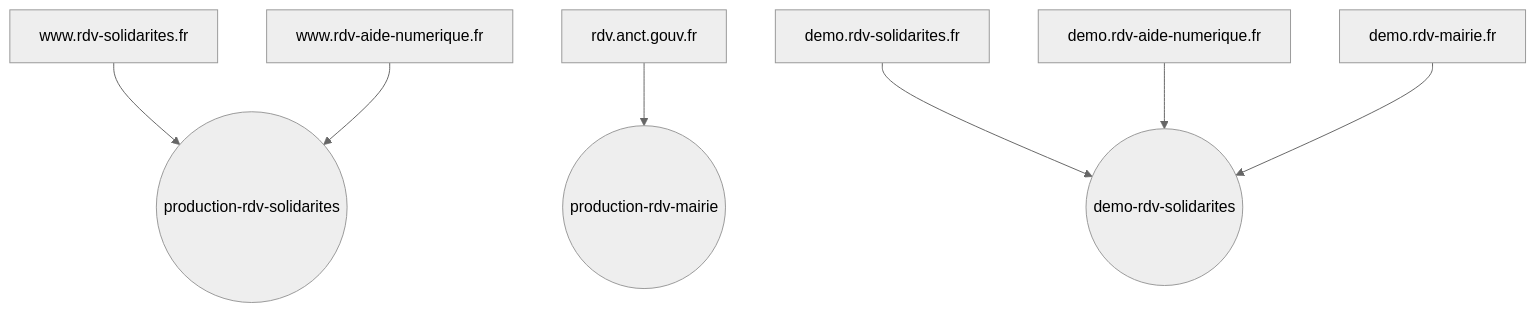
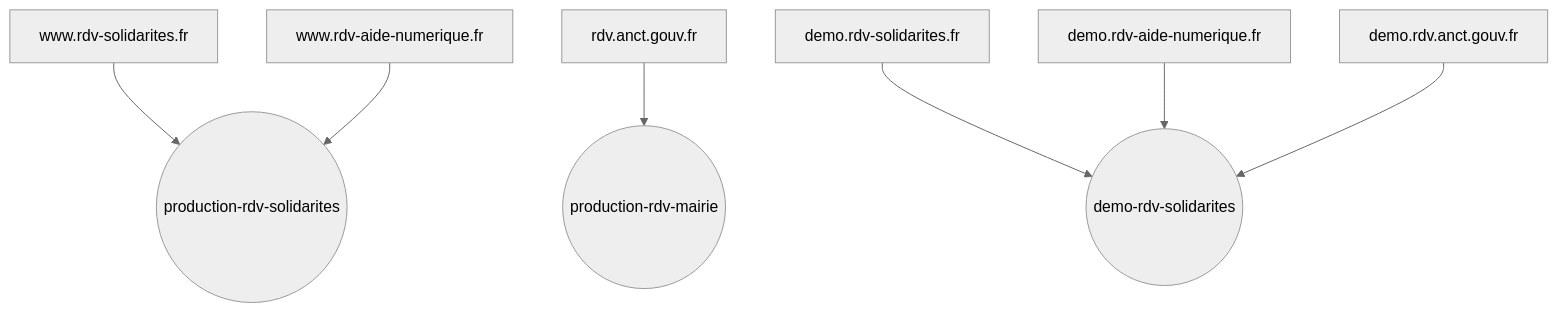
The first of 5 diagrams in docs/architecture-technique.md (betagouv/rdv-service-public), drawn with Mermaid (neutral theme) before and after one commit. The commit also changed other lines of this file, not shown here.

Commit message:
Corectif mineur de nom de domaine de démo dans le DAT Le nom de domaine rdv-mairie.fr était prévu au lancement du service pour les mairies, mais c'est finalement rdv.anct.gouv.fr qui a été utilisé

````diff
--- a/docs/architecture-technique.md
+++ b/docs/architecture-technique.md
@@ -131,25 +131,25 @@
 ```mermaid
 flowchart TD
     %% Domaines de prod
     www.rdv-solidarites.fr
     www.rdv-aide-numerique.fr
     rdv.anct.gouv.fr
 
     %% Domaines de demo
     demo.rdv-solidarites.fr
     demo.rdv-aide-numerique.fr
-    demo.rdv-mairie.fr
+    demo.rdv.anct.gouv.fr
 
     %% Apps Scalingo
     production-rdv-solidarites((production-rdv-solidarites))
     production-rdv-mairie((production-rdv-mairie))
     demo-rdv-solidarites((demo-rdv-solidarites))
 
     %% Relations domaine -> app
     www.rdv-solidarites.fr --> production-rdv-solidarites
     www.rdv-aide-numerique.fr --> production-rdv-solidarites
     rdv.anct.gouv.fr --> production-rdv-mairie
     demo.rdv-solidarites.fr --> demo-rdv-solidarites
     demo.rdv-aide-numerique.fr --> demo-rdv-solidarites
-    demo.rdv-mairie.fr --> demo-rdv-solidarites
+    demo.rdv.anct.gouv.fr --> demo-rdv-solidarites
 ```
````
